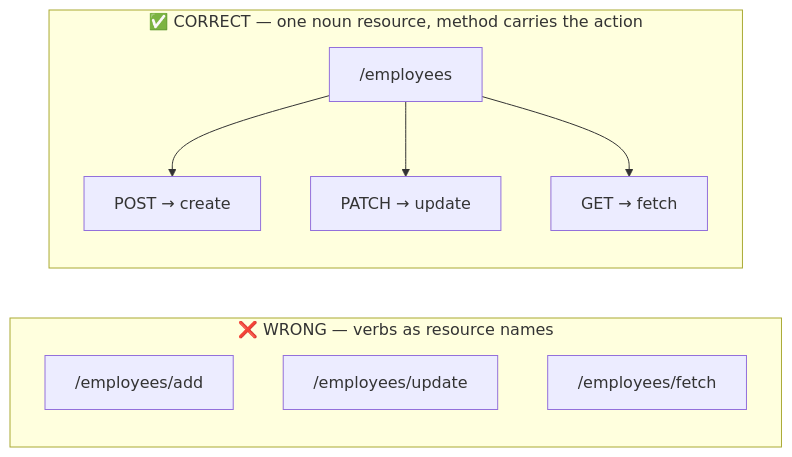
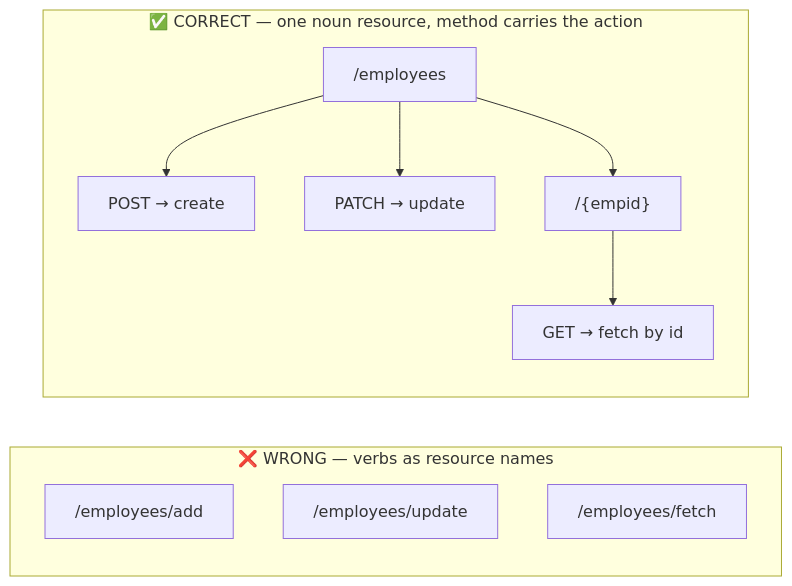
Before and after one commit to developerashok99/green-c-mule-notes: the second of 8 diagrams in detailed-notes/day23.md, drawn with Mermaid. The commit also changed other lines of this file and 1 other file, not shown here.

````diff
--- a/detailed-notes/day23.md
+++ b/detailed-notes/day23.md
@@ -21,13 +23,13 @@
 ```mermaid
 flowchart LR
     subgraph "❌ WRONG — verbs as resource names"
     W1["/employees/add"]
     W2["/employees/update"]
     W3["/employees/fetch"]
     end
     subgraph "✅ CORRECT — one noun resource, method carries the action"
     R["/employees"] --> M1["POST → create"]
     R --> M2["PATCH → update"]
-    R --> M3["GET → fetch"]
+    R --> Sub["/{empid}"] --> M3["GET → fetch by id"]
     end
 ```
````
